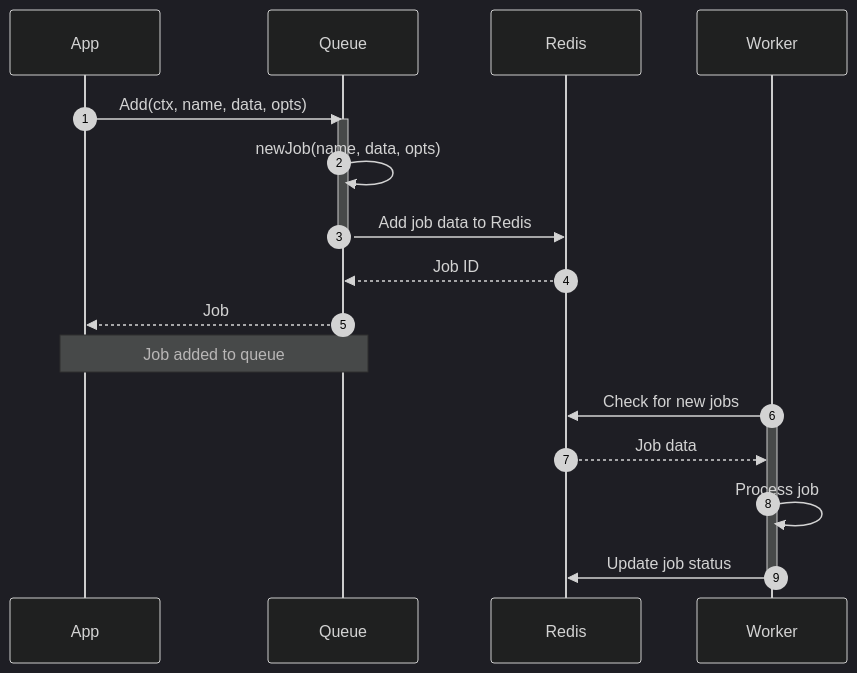
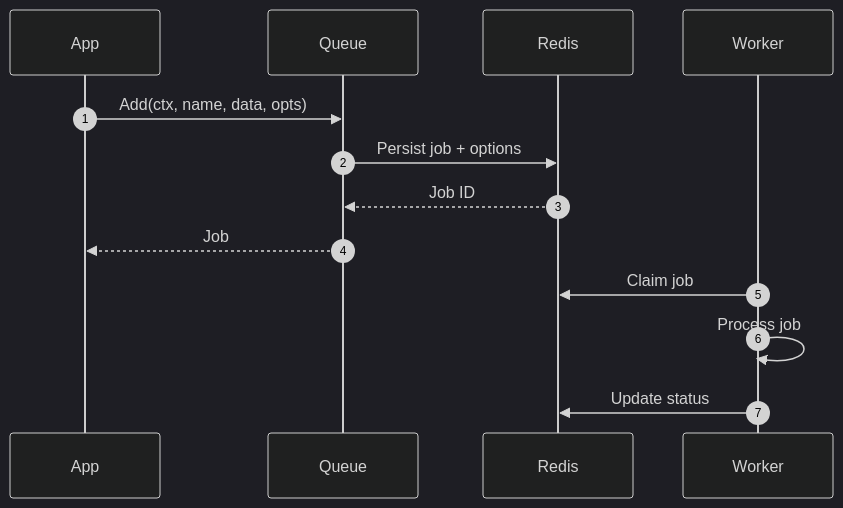
One commit to Codycody31/gobullmq changed the diagram in docs/src/pages/api/job/options.mdx. Above: the diagram before and after it, drawn with Mermaid (dark theme). The commit also changed other lines of this file and 14 other files, not shown here.

````diff
--- a/docs/src/pages/api/job/options.mdx
+++ b/docs/src/pages/api/job/options.mdx
@@ -189,25 +76,17 @@
 ```mermaid
 sequenceDiagram
     autonumber
     participant App
     participant Queue
     participant Redis
     participant Worker
 
     App->>Queue: Add(ctx, name, data, opts)
-    activate Queue
-    Queue->>Queue: newJob(name, data, opts)
-    Queue->>Redis: Add job data to Redis
-    deactivate Queue
+    Queue->>Redis: Persist job + options
     Redis-->>Queue: Job ID
     Queue-->>App: Job
 
-    Note over App, Queue: Job added to queue
-
-    Worker->>Redis: Check for new jobs
-    activate Worker
-    Redis-->>Worker: Job data
+    Worker->>Redis: Claim job
     Worker->>Worker: Process job
-    Worker->>Redis: Update job status
-    deactivate Worker
+    Worker->>Redis: Update status
 ```
````
